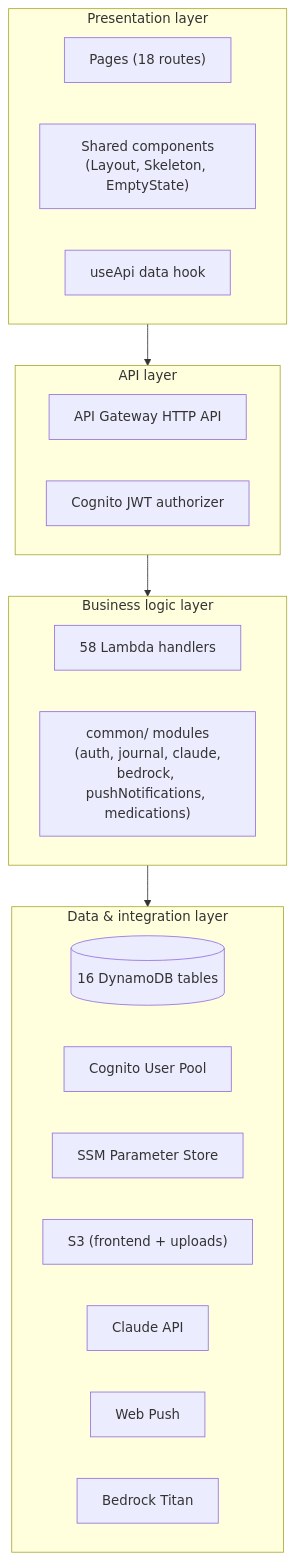
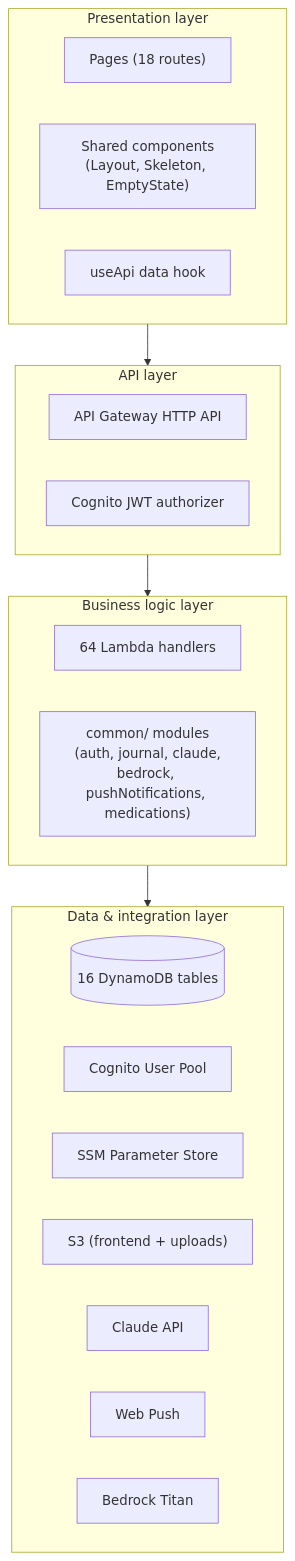
One commit to pragya0905/LifeOS changed the second of 8 diagrams in docs/HLD_LLD.md. Above: the diagram before and after it, drawn with Mermaid. The commit also changed other lines of this file and 3 other files, not shown here.

````diff
--- a/docs/HLD_LLD.md
+++ b/docs/HLD_LLD.md
@@ -121,31 +122,31 @@
 ```mermaid
 flowchart TB
     subgraph L1["Presentation layer"]
       direction LR
       P1["Pages (18 routes)"]
       P2["Shared components<br/>(Layout, Skeleton, EmptyState)"]
       P3["useApi data hook"]
     end
     subgraph L2["API layer"]
       direction LR
       A1["API Gateway HTTP API"]
       A2["Cognito JWT authorizer"]
     end
     subgraph L3["Business logic layer"]
       direction LR
-      B1["58 Lambda handlers"]
+      B1["64 Lambda handlers"]
       B2["common/ modules<br/>(auth, journal, claude,<br/>bedrock, pushNotifications, medications)"]
     end
     subgraph L4["Data & integration layer"]
       direction LR
       D1[("16 DynamoDB tables")]
       D2["Cognito User Pool"]
       D3["SSM Parameter Store"]
       D4["S3 (frontend + uploads)"]
       D5["Claude API"]
       D6["Web Push"]
       D7["Bedrock Titan"]
     end
 
     L1 --> L2 --> L3 --> L4
 ```
````
